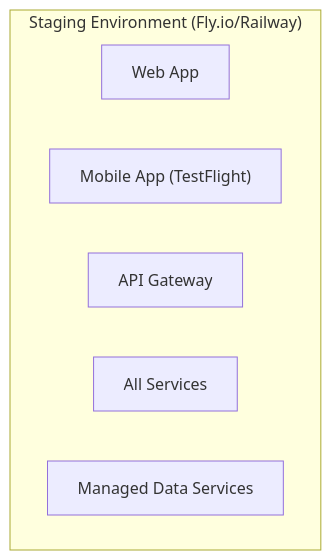
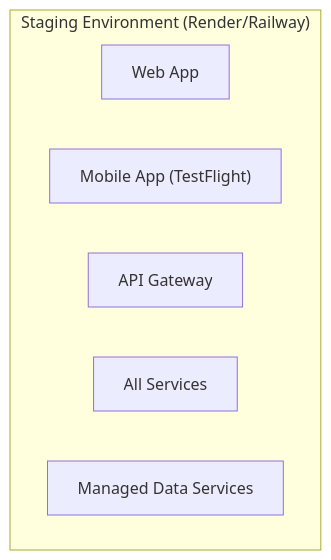
The sixth of 11 diagrams in docs/srs/en/8-system-architecture.md (dut-pbl6-2026/job-platform-docs), drawn with Mermaid before and after one commit. The commit also changed other lines of this file and 11 other files, not shown here.

First line of the commit message:
docs: PBL6-16 backlog 1-2-3 + Fly→Render jp-* + 6 PG strict (#6)

````diff
--- a/docs/srs/en/8-system-architecture.md
+++ b/docs/srs/en/8-system-architecture.md
@@ -370,10 +370,10 @@
 ```mermaid
 flowchart TB
-    subgraph Staging["Staging Environment (Fly.io/Railway)"]
+    subgraph Staging["Staging Environment (Render/Railway)"]
         Web["Web App"]
         Mobile["Mobile App (TestFlight)"]
         Gateway["API Gateway"]
         Services["All Services"]
         Data["Managed Data Services"]
     end
 ```
````
